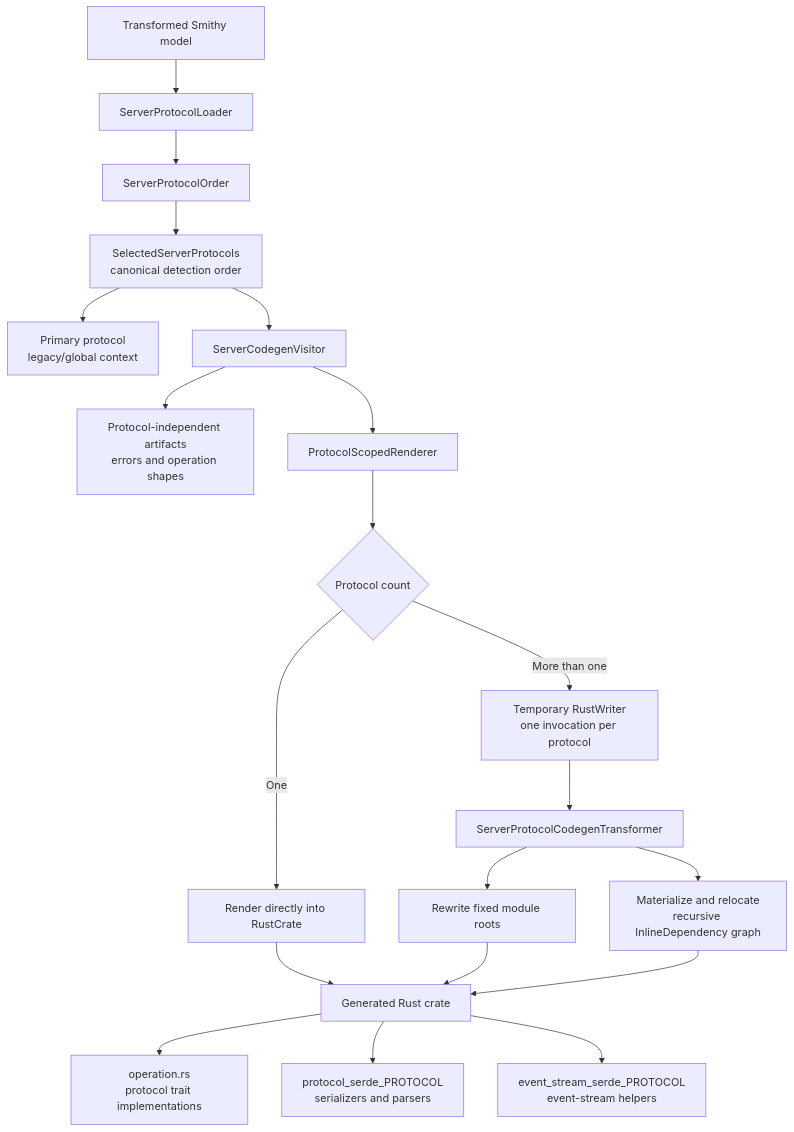
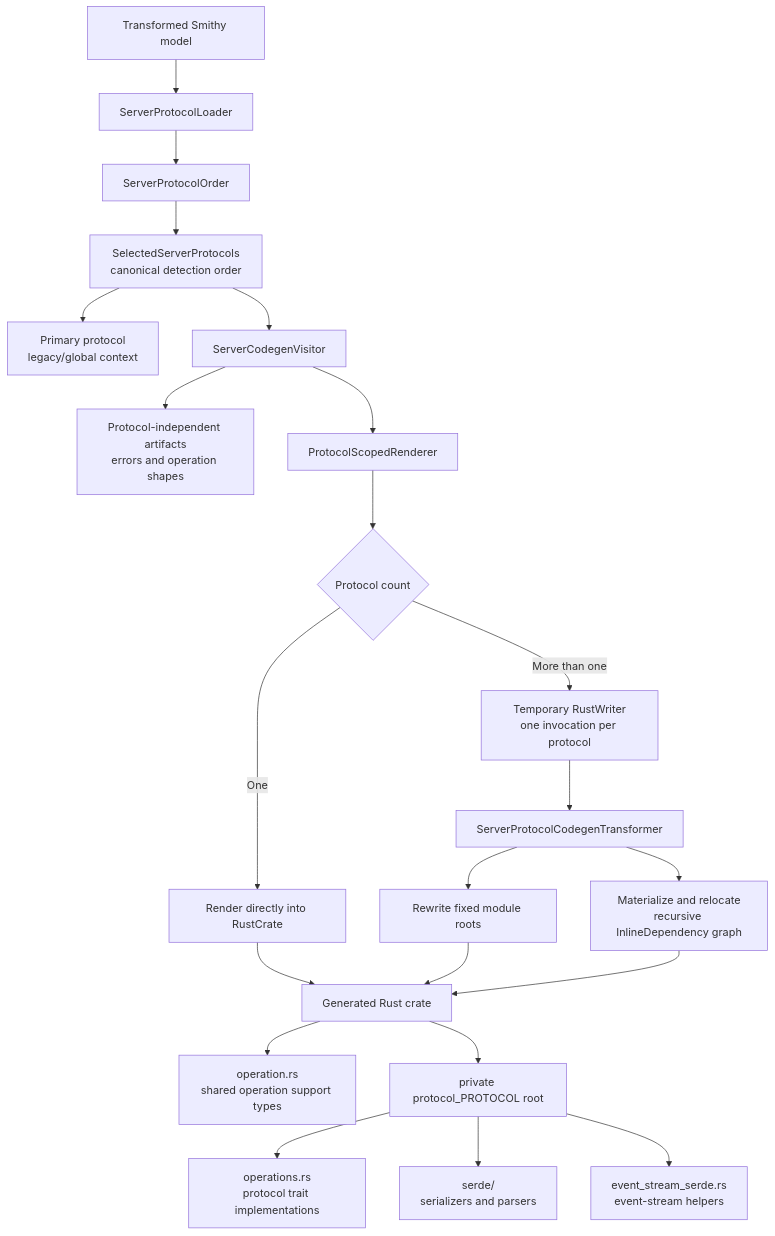
The first of 3 diagrams in design/src/server/multi_protocol_codegen.md (smithy-lang/smithy-rs), drawn with Mermaid before and after one commit. The commit also changed other lines of this file and 12 other files, not shown here.

````diff
--- a/design/src/server/multi_protocol_codegen.md
+++ b/design/src/server/multi_protocol_codegen.md
@@ -46,28 +46,30 @@
 ```mermaid
 flowchart TB
     Model["Transformed Smithy model"] --> Loader["ServerProtocolLoader"]
     Loader --> Order["ServerProtocolOrder"]
     Order --> Selected["SelectedServerProtocols<br/>canonical detection order"]
 
     Selected --> Primary["Primary protocol<br/>legacy/global context"]
     Selected --> Visitor["ServerCodegenVisitor"]
 
     Visitor --> Shared["Protocol-independent artifacts<br/>errors and operation shapes"]
     Visitor --> Scoped["ProtocolScopedRenderer"]
 
     Scoped --> Decision{"Protocol count"}
     Decision -->|One| Direct["Render directly into RustCrate"]
     Decision -->|More than one| Capture["Temporary RustWriter<br/>one invocation per protocol"]
 
     Capture --> Transform["ServerProtocolCodegenTransformer"]
     Transform --> Rewrite["Rewrite fixed module roots"]
     Transform --> Dependencies["Materialize and relocate<br/>recursive InlineDependency graph"]
 
     Direct --> Crate["Generated Rust crate"]
     Rewrite --> Crate
     Dependencies --> Crate
 
-    Crate --> Operation["operation.rs<br/>protocol trait implementations"]
-    Crate --> Serde["protocol_serde_PROTOCOL<br/>serializers and parsers"]
-    Crate --> EventStream["event_stream_serde_PROTOCOL<br/>event-stream helpers"]
+    Crate --> Operation["operation.rs<br/>shared operation support types"]
+    Crate --> ProtocolRoot["private protocol_PROTOCOL root"]
+    ProtocolRoot --> ProtocolOperations["operations.rs<br/>protocol trait implementations"]
+    ProtocolRoot --> Serde["serde/<br/>serializers and parsers"]
+    ProtocolRoot --> EventStream["event_stream_serde.rs<br/>event-stream helpers"]
 ```
````
